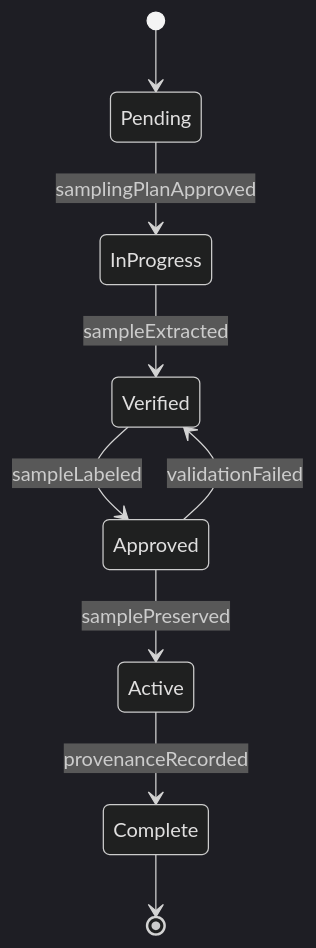
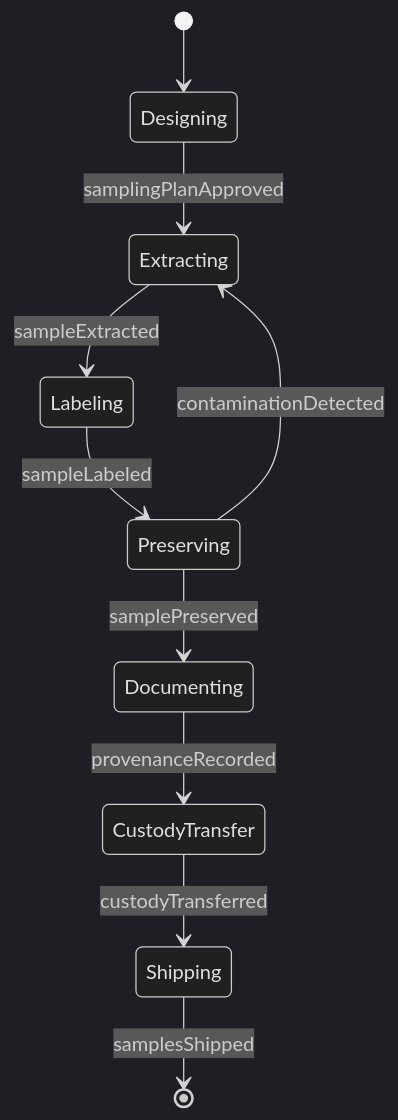
One commit to dot-org-ai/tasks.org.ai changed the second of 4 diagrams in HandlingAndMovingObjects/CollectEnvironmentalOrBiologicalSamples/CollectGeologicalSamples.mdx. Above: the diagram before and after it, drawn with Mermaid (dark theme). The commit also changed other lines of this file and 515 other files, not shown here.

````diff
--- a/HandlingAndMovingObjects/CollectEnvironmentalOrBiologicalSamples/CollectGeologicalSamples.mdx
+++ b/HandlingAndMovingObjects/CollectEnvironmentalOrBiologicalSamples/CollectGeologicalSamples.mdx
@@ -98,11 +99,12 @@
 ```mermaid
 stateDiagram-v2
-    [*] --> Pending
-    Pending --> InProgress : samplingPlanApproved
-    InProgress --> Verified : sampleExtracted
-    Verified --> Approved : sampleLabeled
-    Approved --> Active : samplePreserved
-    Active --> Complete : provenanceRecorded
-    Approved --> Verified : validationFailed
-    Complete --> [*]
+    [*] --> Designing
+    Designing --> Extracting : samplingPlanApproved
+    Extracting --> Labeling : sampleExtracted
+    Labeling --> Preserving : sampleLabeled
+    Preserving --> Documenting : samplePreserved
+    Documenting --> CustodyTransfer : provenanceRecorded
+    CustodyTransfer --> Shipping : custodyTransferred
+    Shipping --> [*] : samplesShipped
+    Preserving --> Extracting : contaminationDetected
 ```
````
